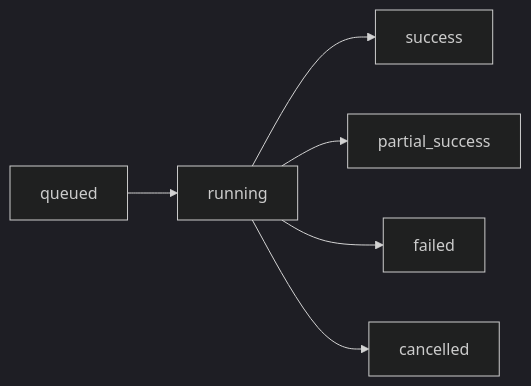
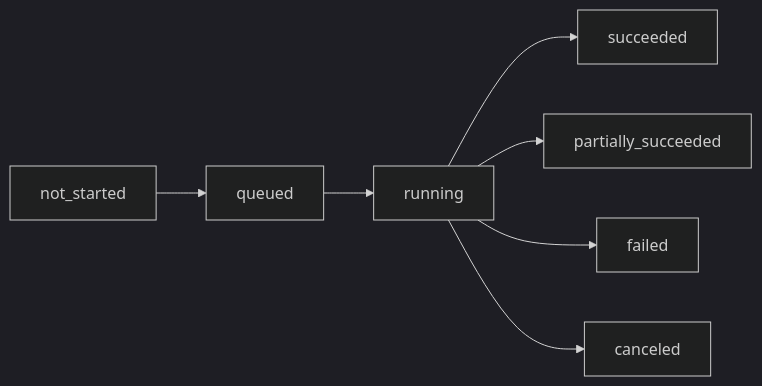
The second of 2 diagrams in docs/getting-started/concepts.md (dagu-org/dagu), drawn with Mermaid (dark theme) before and after one commit. The commit also changed other lines of this file and 79 other files, not shown here.

````diff
--- a/docs/getting-started/concepts.md
+++ b/docs/getting-started/concepts.md
@@ -95,8 +96,9 @@
 ```mermaid
 graph LR
-    Q[queued] --> R[running]
-    R --> S[success]
-    R --> PS[partial_success]
+    N[not_started] --> Q[queued]
+    Q --> R[running]
+    R --> S[succeeded]
+    R --> PS[partially_succeeded]
     R --> F[failed]
-    R --> C[cancelled]
+    R --> C[canceled]
 ```
````
